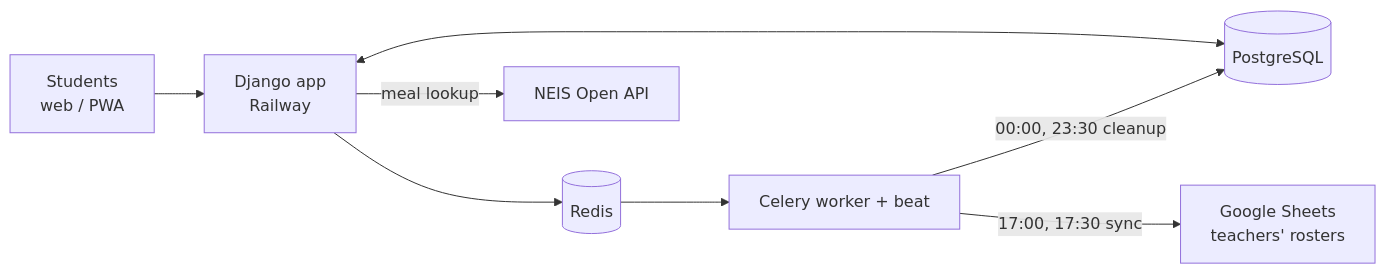
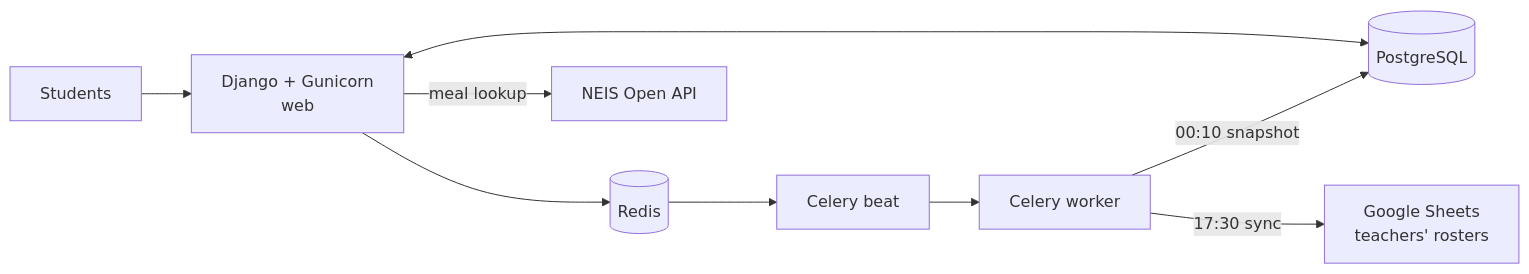
The diagram in README.md (ethankim612/csialife-showcase), drawn with Mermaid before and after one commit. The commit also changed other lines of this file and 10 other files, not shown here.

````diff
--- a/README.md
+++ b/README.md
@@ -28,10 +28,10 @@
 ```mermaid
 flowchart LR
-    S[Students<br>web / PWA] --> D[Django app<br>Railway]
-    D <--> P[(PostgreSQL)]
-    D --> R[(Redis)]
-    R --> C[Celery worker + beat]
-    C -->|17:00, 17:30 sync| G[Google Sheets<br>teachers' rosters]
-    C -->|00:00, 23:30 cleanup| P
-    D -->|meal lookup| N[NEIS Open API]
+    S[Students] --> W[Django + Gunicorn<br>web]
+    W <--> P[(PostgreSQL)]
+    W --> R[(Redis)]
+    R --> B[Celery beat] --> K[Celery worker]
+    K -->|17:30 sync| G[Google Sheets<br>teachers' rosters]
+    K -->|00:10 snapshot| P
+    W -->|meal lookup| N[NEIS Open API]
 ```
````
